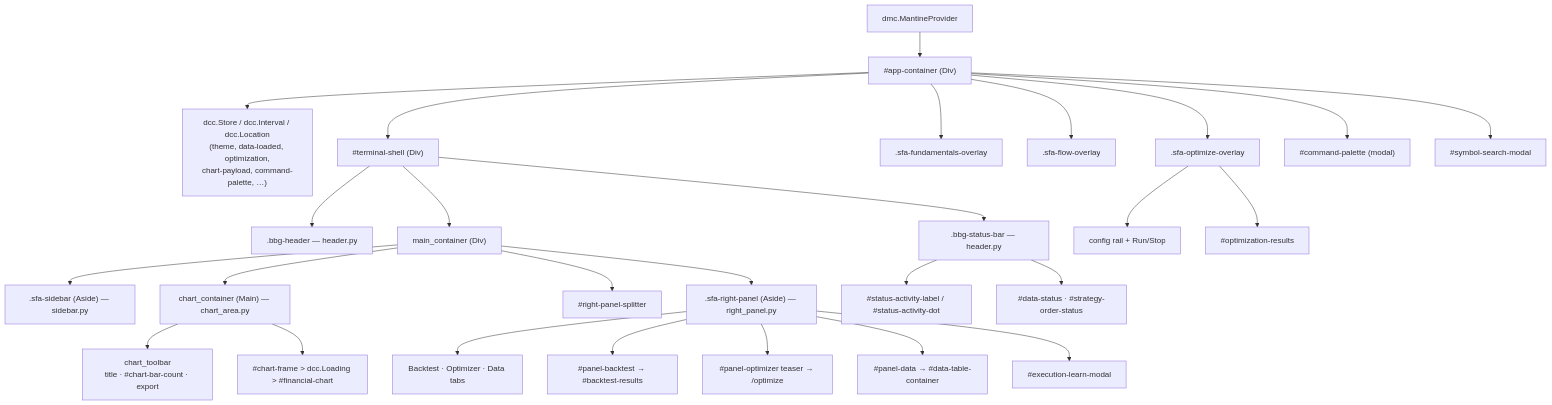
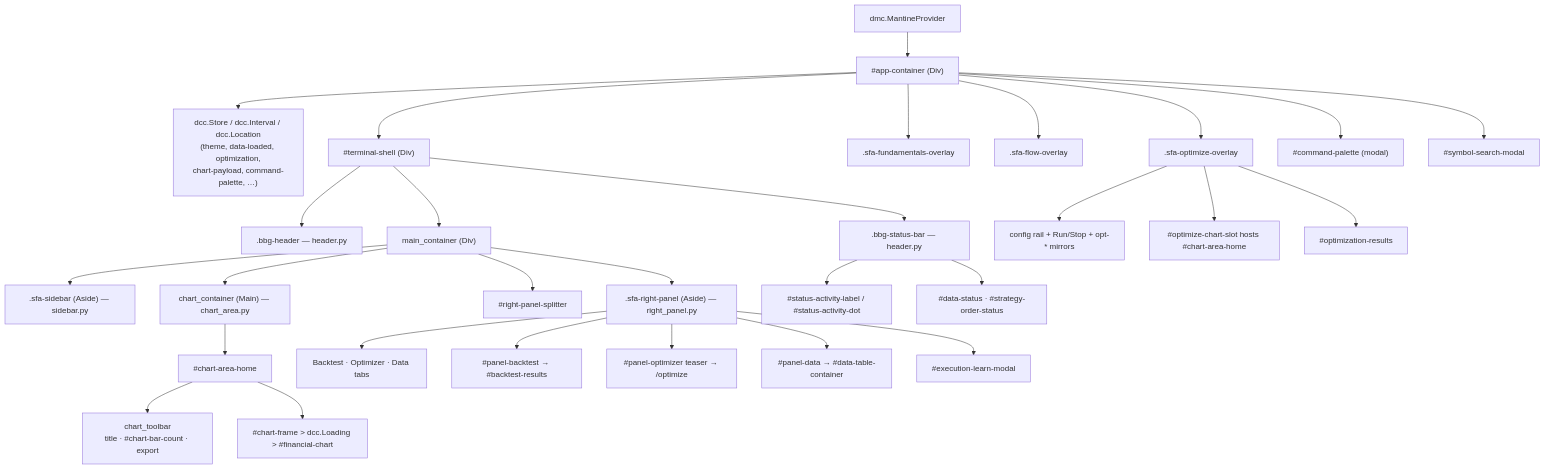
The diagram in docs/ui-architecture.md (Noeinkan/F2_SearchForAlpha_lab), drawn with Mermaid before and after one commit. The commit also changed other lines of this file and 14 other files, not shown here.

````diff
--- a/docs/ui-architecture.md
+++ b/docs/ui-architecture.md
@@ -14,35 +14,37 @@
 ```mermaid
 graph TD
     MP[dmc.MantineProvider] --> APP["#app-container (Div)"]
     APP --> STORES["dcc.Store / dcc.Interval / dcc.Location<br/>(theme, data-loaded, optimization,<br/>chart-payload, command-palette, …)"]
     APP --> SHELL["#terminal-shell (Div)"]
     APP --> FOV[".sfa-fundamentals-overlay"]
     APP --> FLOW[".sfa-flow-overlay"]
     APP --> OPTWS[".sfa-optimize-overlay"]
     APP --> PALETTE["#command-palette (modal)"]
     APP --> SYMSEARCH["#symbol-search-modal"]
 
     SHELL --> HEADER[".bbg-header — header.py"]
     SHELL --> MAIN["main_container (Div)"]
     SHELL --> STATUS[".bbg-status-bar — header.py"]
 
     MAIN --> SIDEBAR[".sfa-sidebar (Aside) — sidebar.py"]
     MAIN --> CHART["chart_container (Main) — chart_area.py"]
     MAIN --> SPLIT["#right-panel-splitter"]
     MAIN --> RIGHT[".sfa-right-panel (Aside) — right_panel.py"]
 
-    CHART --> TOOLBAR["chart_toolbar<br/>title · #chart-bar-count · export"]
-    CHART --> FRAME["#chart-frame > dcc.Loading > #financial-chart"]
+    CHART --> HOME["#chart-area-home"]
+    HOME --> TOOLBAR["chart_toolbar<br/>title · #chart-bar-count · export"]
+    HOME --> FRAME["#chart-frame > dcc.Loading > #financial-chart"]
 
     RIGHT --> TABS["Backtest · Optimizer · Data tabs"]
     RIGHT --> BT["#panel-backtest → #backtest-results"]
     RIGHT --> OPT["#panel-optimizer teaser → /optimize"]
     RIGHT --> DATA["#panel-data → #data-table-container"]
     RIGHT --> EXEC["#execution-learn-modal"]
 
-    OPTWS --> OPTCFG["config rail + Run/Stop"]
+    OPTWS --> OPTCFG["config rail + Run/Stop + opt-* mirrors"]
+    OPTWS --> OPTSLOT["#optimize-chart-slot hosts #chart-area-home"]
     OPTWS --> OPTRES["#optimization-results"]
 
     STATUS --> ACT["#status-activity-label / #status-activity-dot"]
     STATUS --> DS["#data-status · #strategy-order-status"]
 ```
````
